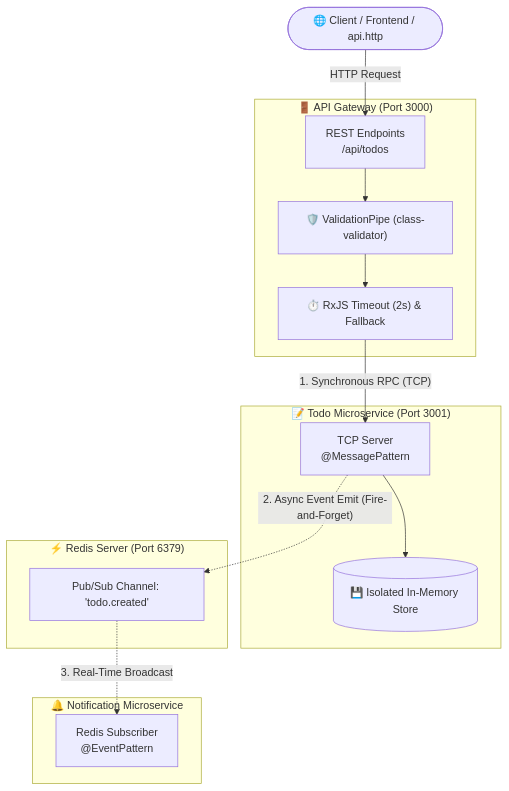
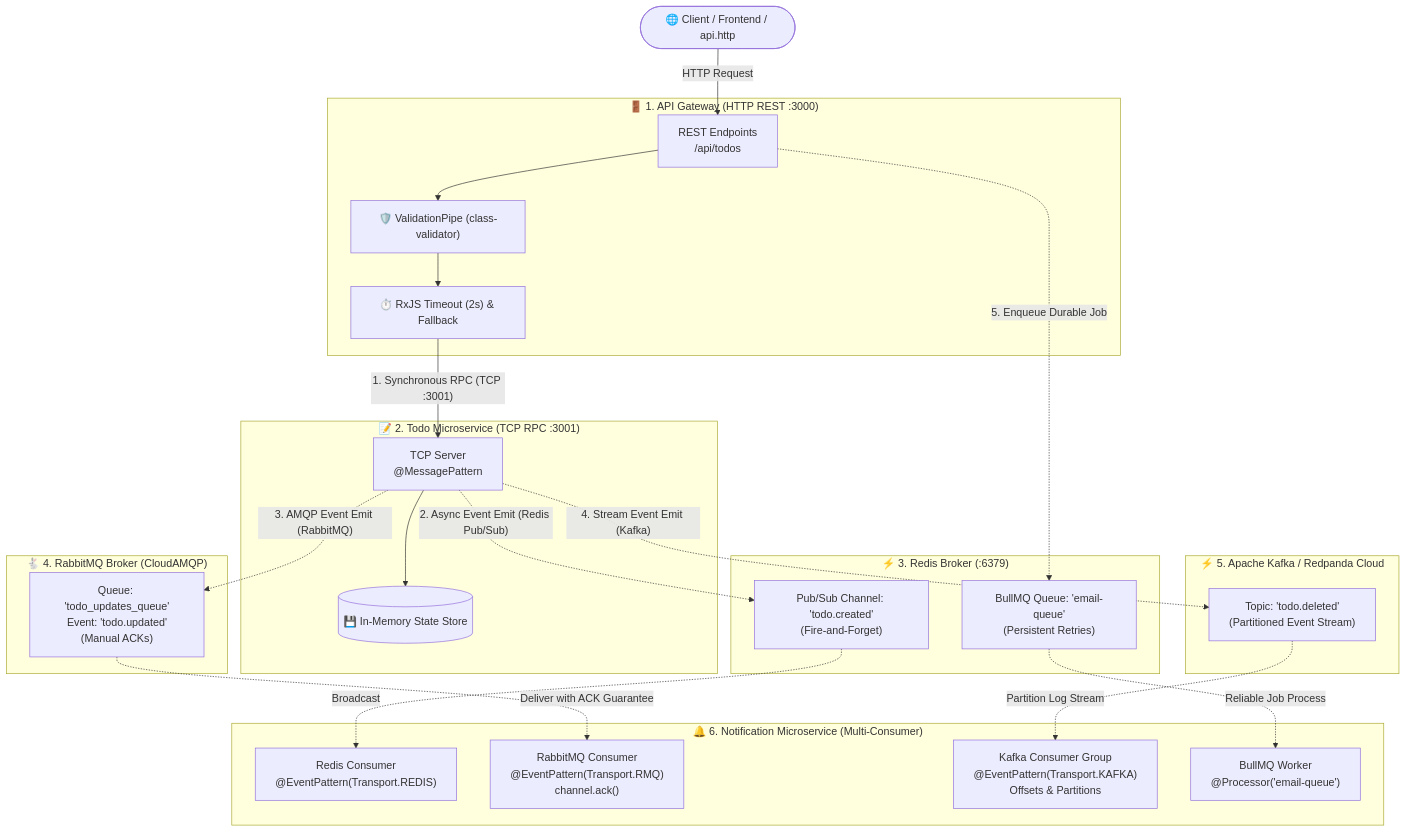
Before and after one commit to mazharul-webbuilder/NestJS-Microservice: the diagram in README.md, drawn with Mermaid. The commit also changed other lines of this file, not shown here.

Commit message:
docs: update README.md with comprehensive microservices reference guide, architecture diagram, broker comparison matrix, and local vs cloud setups

````diff
--- a/README.md
+++ b/README.md
@@ -9,31 +9,56 @@
 ```mermaid
 flowchart TD
     Client(["🌐 Client / Frontend / api.http"])
 
-    subgraph Gateway ["🚪 API Gateway (Port 3000)"]
+    subgraph Gateway ["🚪 1. API Gateway (HTTP REST :3000)"]
         HTTP["REST Endpoints<br/>/api/todos"]
         Validation["🛡️ ValidationPipe (class-validator)"]
         Resilience["⏱️ RxJS Timeout (2s) & Fallback"]
     end
 
-    subgraph TodoService ["📝 Todo Microservice (Port 3001)"]
+    subgraph TodoService ["📝 2. Todo Microservice (TCP RPC :3001)"]
         TCP["TCP Server<br/>@MessagePattern"]
-        DB[("💾 Isolated In-Memory Store")]
+        Store[("💾 In-Memory State Store")]
     end
 
-    subgraph Broker ["⚡ Redis Server (Port 6379)"]
-        PubSub["Pub/Sub Channel: 'todo.created'"]
+    subgraph RedisBroker ["⚡ 3. Redis Broker (:6379)"]
+        PubSub["Pub/Sub Channel: 'todo.created'<br/>(Fire-and-Forget)"]
+        BullMQQueue["BullMQ Queue: 'email-queue'<br/>(Persistent Retries)"]
     end
 
-    subgraph NotificationService ["🔔 Notification Microservice"]
-        Sub["Redis Subscriber<br/>@EventPattern"]
+    subgraph RabbitMQBroker ["🐇 4. RabbitMQ Broker (CloudAMQP)"]
+        RMQQueue["Queue: 'todo_updates_queue'<br/>Event: 'todo.updated'<br/>(Manual ACKs)"]
     end
 
+    subgraph KafkaBroker ["⚡ 5. Apache Kafka / Redpanda Cloud"]
+        KafkaTopic["Topic: 'todo.deleted'<br/>(Partitioned Event Stream)"]
+    end
+
+    subgraph NotificationService ["🔔 6. Notification Microservice (Multi-Consumer)"]
+        RedisSub["Redis Consumer<br/>@EventPattern(Transport.REDIS)"]
+        RMQSub["RabbitMQ Consumer<br/>@EventPattern(Transport.RMQ)<br/>channel.ack()"]
+        KafkaSub["Kafka Consumer Group<br/>@EventPattern(Transport.KAFKA)<br/>Offsets & Partitions"]
+        BullMQWorker["BullMQ Worker<br/>@Processor('email-queue')"]
+    end
+
+    %% Flow Connections
     Client -->|HTTP Request| HTTP
     HTTP --> Validation
     Validation --> Resilience
-    Resilience -->|"1. Synchronous RPC (TCP)"| TCP
-    TCP --> DB
-    TCP -.->|"2. Async Event Emit (Fire-and-Forget)"| PubSub
-    PubSub -.->|"3. Real-Time Broadcast"| Sub
+    Resilience -->|"1. Synchronous RPC (TCP :3001)"| TCP
+    TCP --> Store
+
+    %% Event Emits from Todo Service
+    TCP -.->|"2. Async Event Emit (Redis Pub/Sub)"| PubSub
+    PubSub -.->|"Broadcast"| RedisSub
+
+    TCP -.->|"3. AMQP Event Emit (RabbitMQ)"| RMQQueue
+    RMQQueue -.->|"Deliver with ACK Guarantee"| RMQSub
+
+    TCP -.->|"4. Stream Event Emit (Kafka)"| KafkaTopic
+    KafkaTopic -.->|"Partition Log Stream"| KafkaSub
+
+    %% Gateway to BullMQ Queue
+    HTTP -.->|"5. Enqueue Durable Job"| BullMQQueue
+    BullMQQueue -.->|"Reliable Job Process"| BullMQWorker
 ```
````
